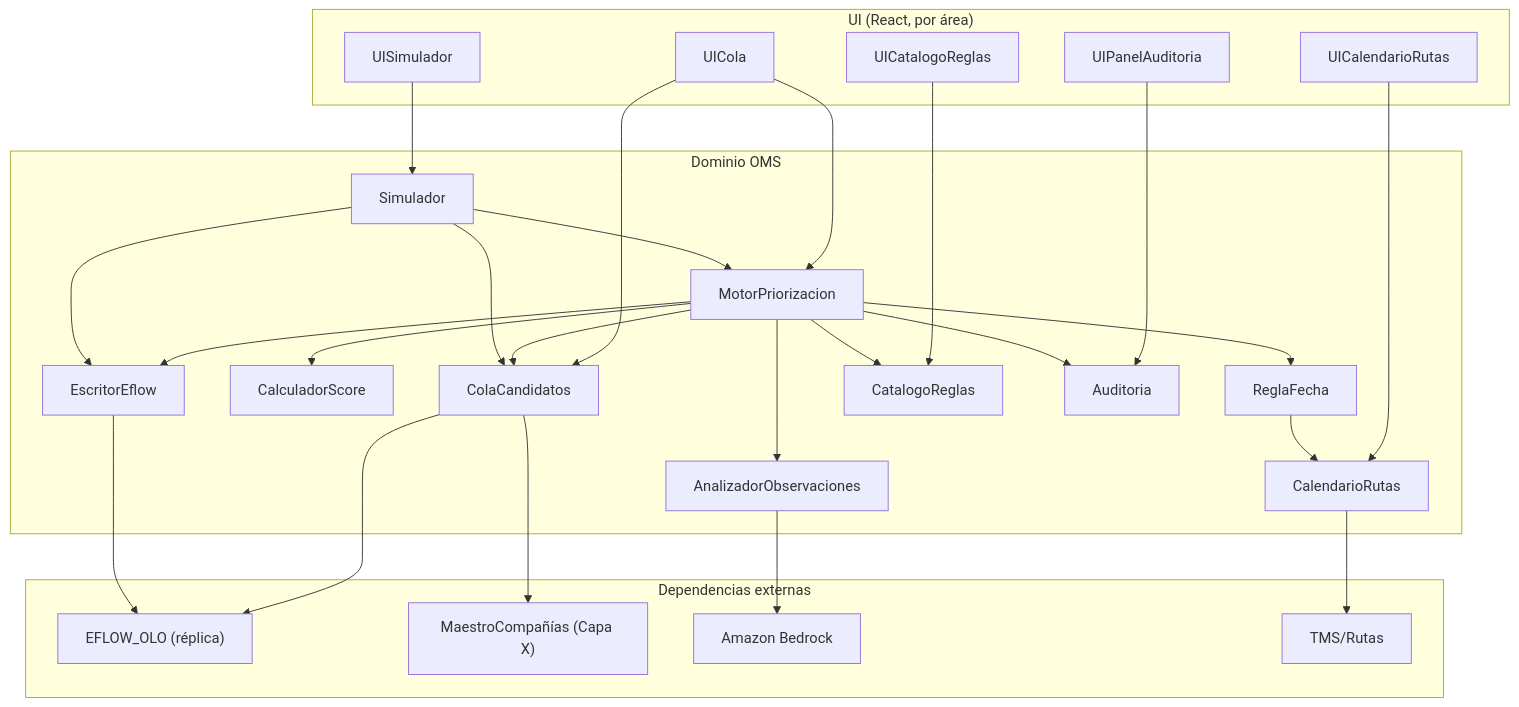
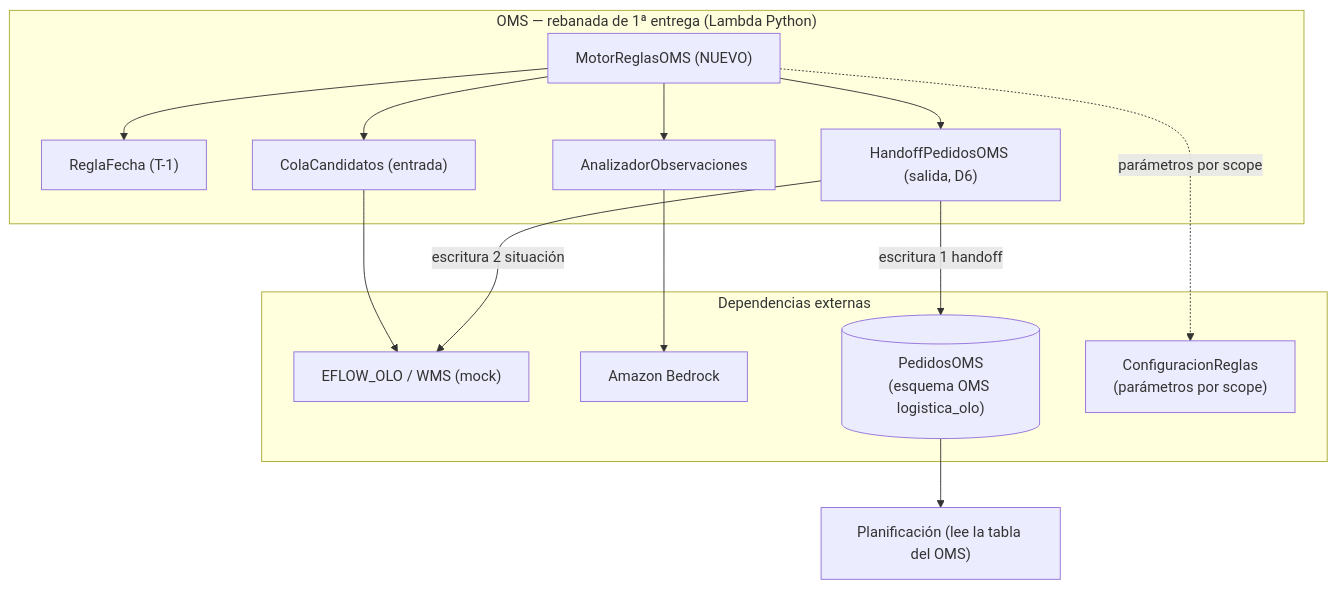
Before and after one commit to JeanCaOLO/sto_tms_olo: the diagram in aidlc/spaces/default/intents/260826-modulo-oms/inception/domain-design/components.md, drawn with Mermaid. The commit also changed other lines of this file and 14 other files, not shown here.

First line of the commit message:
docs(oms): completar domain-design y units-generation del módulo OMS

````diff
--- a/aidlc/spaces/default/intents/260826-modulo-oms/inception/domain-design/components.md
+++ b/aidlc/spaces/default/intents/260826-modulo-oms/inception/domain-design/components.md
@@ -463,55 +228,30 @@
 ```mermaid
 flowchart TD
-  subgraph ui["UI (React, por área)"]
-    uicola["UICola"]
-    uipanel["UIPanelAuditoria"]
-    uireglas["UICatalogoReglas"]
-    uisim["UISimulador"]
-    uical["UICalendarioRutas"]
-  end
-
-  subgraph dominio["Dominio OMS"]
-    cola["ColaCandidatos"]
-    motor["MotorPriorizacion"]
-    score["CalculadorScore"]
-    rfecha["ReglaFecha"]
+  subgraph oms["OMS — rebanada de 1ª entrega (Lambda Python)"]
+    motor["MotorReglasOMS (NUEVO)"]
+    rfecha["ReglaFecha (T-1)"]
     robs["AnalizadorObservaciones"]
-    escr["EscritorEflow"]
-    cat["CatalogoReglas"]
-    sim["Simulador"]
-    aud["Auditoria"]
-    cal["CalendarioRutas"]
+    cola["ColaCandidatos (entrada)"]
+    handoff["HandoffPedidosOMS (salida, D6)"]
   end
 
   subgraph ext["Dependencias externas"]
-    eflow["EFLOW_OLO (réplica)"]
-    maestro["MaestroCompañías (Capa X)"]
+    eflow["EFLOW_OLO / WMS (mock)"]
     bedrock["Amazon Bedrock"]
-    tmsrutas["TMS/Rutas"]
+    pedidosoms[("PedidosOMS\n(esquema OMS logistica_olo)")]
+    cfg["ConfiguracionReglas\n(parámetros por scope)"]
   end
 
-  uicola --> cola
-  uicola --> motor
-  uipanel --> aud
-  uireglas --> cat
-  uisim --> sim
-  uical --> cal
+  plan["Planificación (lee la tabla del OMS)"]
 
   motor --> cola
-  motor --> cat
   motor --> rfecha
   motor --> robs
-  motor --> score
-  motor --> escr
-  motor --> aud
-  rfecha --> cal
-  sim --> motor
-  sim --> cola
-  sim --> escr
-
+  motor --> handoff
+  motor -. parámetros por scope .-> cfg
   cola --> eflow
-  cola --> maestro
   robs --> bedrock
-  escr --> eflow
-  cal --> tmsrutas
+  handoff -->|escritura 1 handoff| pedidosoms
+  handoff -->|escritura 2 situación| eflow
+  pedidosoms --> plan
 ```
````
